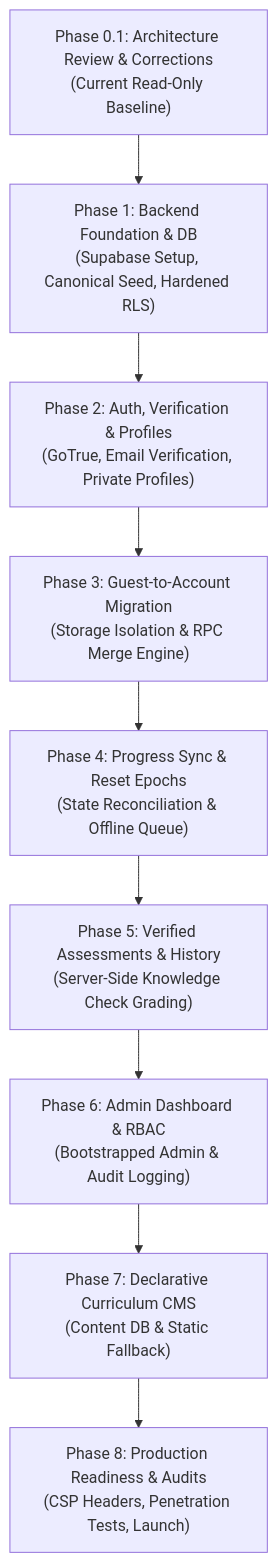
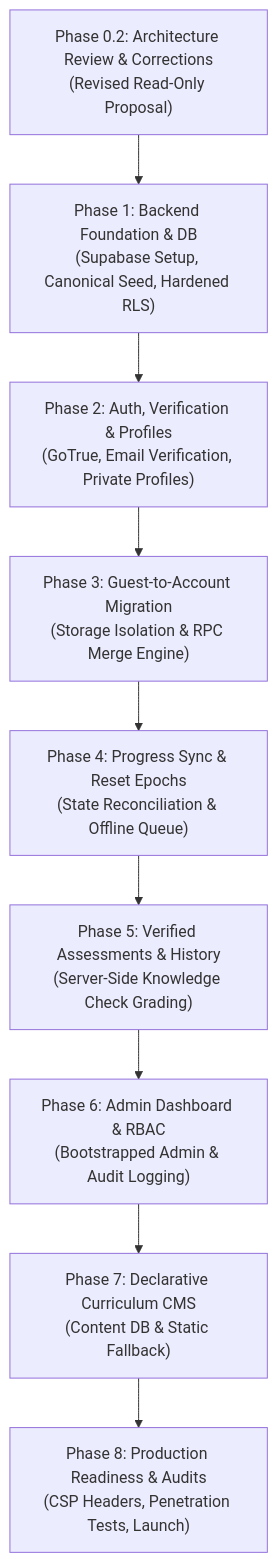
One commit to mms9000/javascript-learning changed the second of 2 diagrams in backend-architecture-spec.md. Above: the diagram before and after it, drawn with Mermaid. The commit also changed other lines of this file, not shown here.

````diff
--- a/backend-architecture-spec.md
+++ b/backend-architecture-spec.md
@@ -600,11 +658,11 @@
 ```mermaid
 flowchart TD
-    P0["Phase 0.1: Architecture Review & Corrections<br/>(Current Read-Only Baseline)"] --> P1["Phase 1: Backend Foundation & DB<br/>(Supabase Setup, Canonical Seed, Hardened RLS)"]
+    P0["Phase 0.2: Architecture Review & Corrections<br/>(Revised Read-Only Proposal)"] --> P1["Phase 1: Backend Foundation & DB<br/>(Supabase Setup, Canonical Seed, Hardened RLS)"]
     P1 --> P2["Phase 2: Auth, Verification & Profiles<br/>(GoTrue, Email Verification, Private Profiles)"]
     P2 --> P3["Phase 3: Guest-to-Account Migration<br/>(Storage Isolation & RPC Merge Engine)"]
     P3 --> P4["Phase 4: Progress Sync & Reset Epochs<br/>(State Reconciliation & Offline Queue)"]
     P4 --> P5["Phase 5: Verified Assessments & History<br/>(Server-Side Knowledge Check Grading)"]
     P5 --> P6["Phase 6: Admin Dashboard & RBAC<br/>(Bootstrapped Admin & Audit Logging)"]
     P6 --> P7["Phase 7: Declarative Curriculum CMS<br/>(Content DB & Static Fallback)"]
     P7 --> P8["Phase 8: Production Readiness & Audits<br/>(CSP Headers, Penetration Tests, Launch)"]
 ```
````
